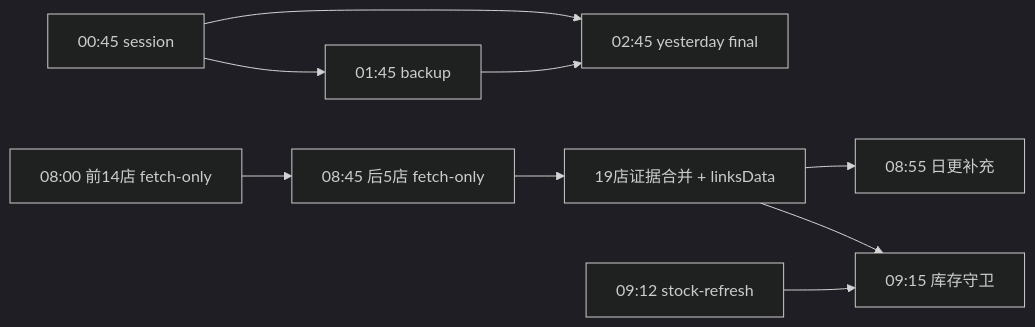
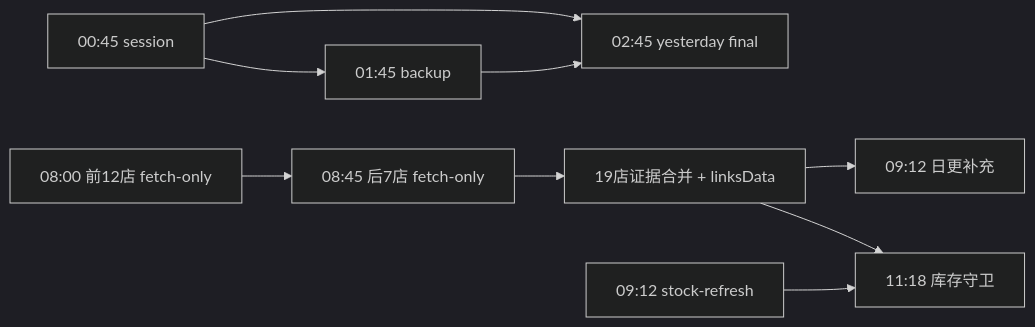
Before and after one commit to dushengyi1993/shein-sales-bi: the diagram in docs/shared-host-resource-schedule.md, drawn with Mermaid (dark theme). The commit also changed other lines of this file and 22 other files, not shown here.

````diff
--- a/docs/shared-host-resource-schedule.md
+++ b/docs/shared-host-resource-schedule.md
@@ -47,11 +47,11 @@
 ```mermaid
 flowchart LR
   S["00:45 session"] --> B["01:45 backup"]
   S --> Y["02:45 yesterday final"]
   B --> Y
-  C1["08:00 前14店 fetch-only"] --> C2["08:45 后5店 fetch-only"]
+  C1["08:00 前12店 fetch-only"] --> C2["08:45 后7店 fetch-only"]
   C2 --> M["19店证据合并 + linksData"]
-  M --> D["08:55 日更补充"]
-  M --> I["09:15 库存守卫"]
+  M --> D["09:12 日更补充"]
+  M --> I["11:18 库存守卫"]
   ST["09:12 stock-refresh"] --> I
 ```
````
